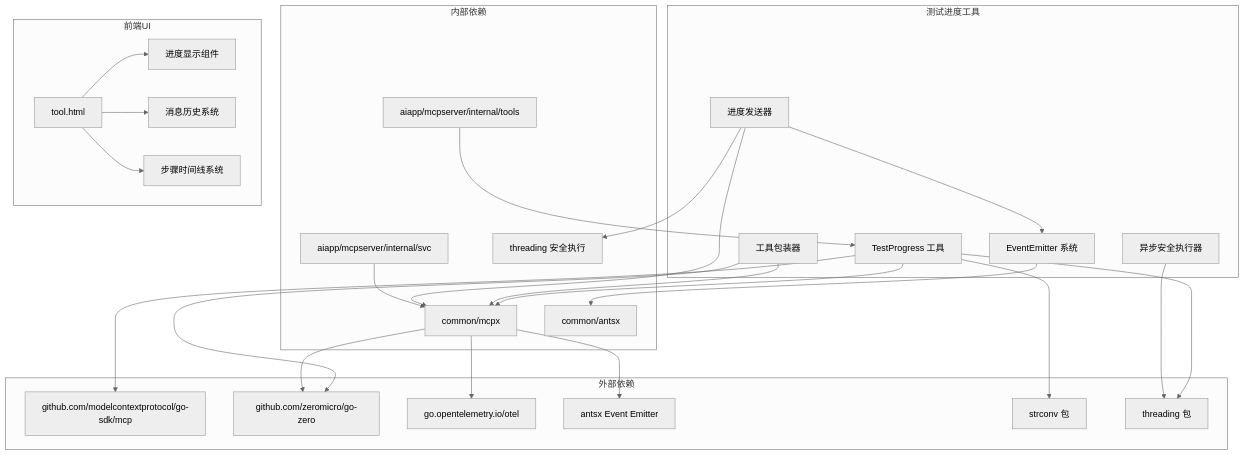
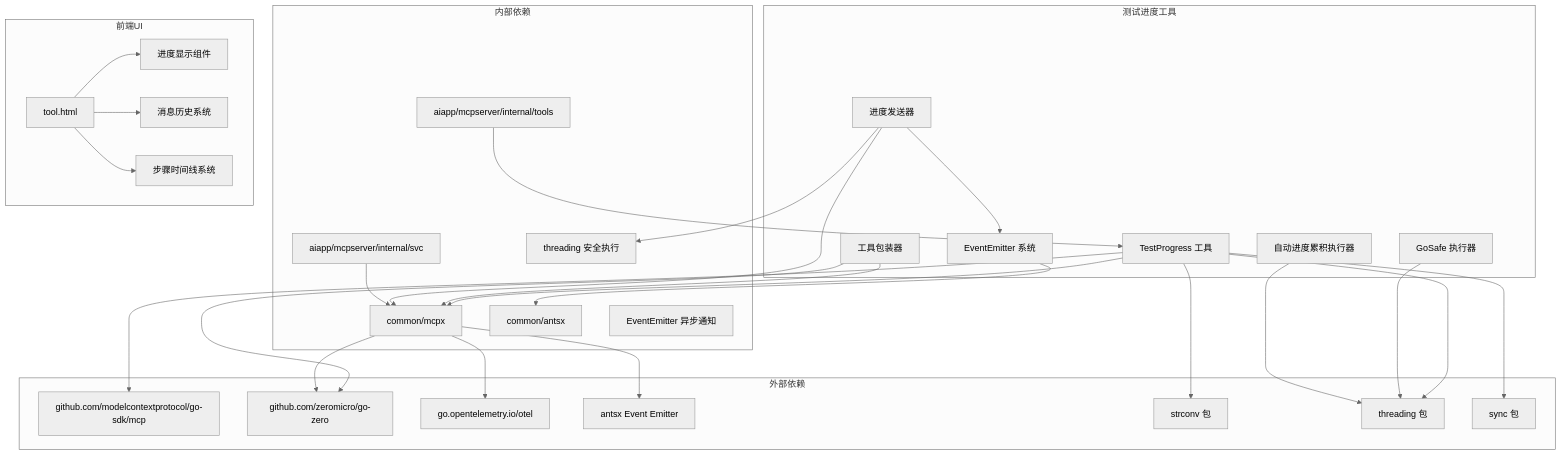
Before and after one commit to maomao94/zero-service: the eighth of 9 diagrams in .qoder/repowiki/zh/content/Test Progress Tool.md, drawn with Mermaid (neutral theme). The commit also changed other lines of this file and 48 other files, not shown here.

````diff
--- a/.qoder/repowiki/zh/content/Test Progress Tool.md
+++ b/.qoder/repowiki/zh/content/Test Progress Tool.md
@@ -540,50 +569,55 @@
 ```mermaid
 graph TB
 subgraph "外部依赖"
 A[github.com/modelcontextprotocol/go-sdk/mcp]
 B[github.com/zeromicro/go-zero]
 C[go.opentelemetry.io/otel]
 D[antsx Event Emitter]
 E[strconv 包]
 F[threading 包]
+G[sync 包]
 end
 subgraph "内部依赖"
-G[common/mcpx]
-H[aiapp/mcpserver/internal/tools]
-I[aiapp/mcpserver/internal/svc]
-J[common/antsx]
-K[threading 安全执行]
+H[common/mcpx]
+I[aiapp/mcpserver/internal/tools]
+J[aiapp/mcpserver/internal/svc]
+K[common/antsx]
+L[threading 安全执行]
+M[EventEmitter 异步通知]
 end
 subgraph "测试进度工具"
-L[TestProgress 工具]
-M[异步安全执行器]
-N[工具包装器]
-O[进度发送器]
-P[EventEmitter 系统]
+N[TestProgress 工具]
+O[GoSafe 执行器]
+P[自动进度累积执行器]
+Q[工具包装器]
+R[进度发送器]
+S[EventEmitter 系统]
 end
 subgraph "前端UI"
-Q[tool.html]
-R[进度显示组件]
-S[消息历史系统]
-T[步骤时间线系统]
+T[tool.html]
+U[进度显示组件]
+V[消息历史系统]
+W[步骤时间线系统]
 end
-L --> G
-L --> A
-L --> E
-L --> F
-M --> F
+N --> H
+N --> A
+N --> E
+N --> F
 N --> G
-N --> B
-O --> G
-O --> P
-O --> K
-P --> J
-G --> B
-G --> C
-G --> D
-H --> L
-I --> G
-Q --> R
-Q --> S
-Q --> T
+O --> F
+P --> F
+Q --> H
+Q --> B
+R --> H
+R --> S
+R --> L
+S --> K
+H --> B
+H --> C
+H --> D
+I --> N
+J --> H
+T --> U
+T --> V
+T --> W
 ```
````
